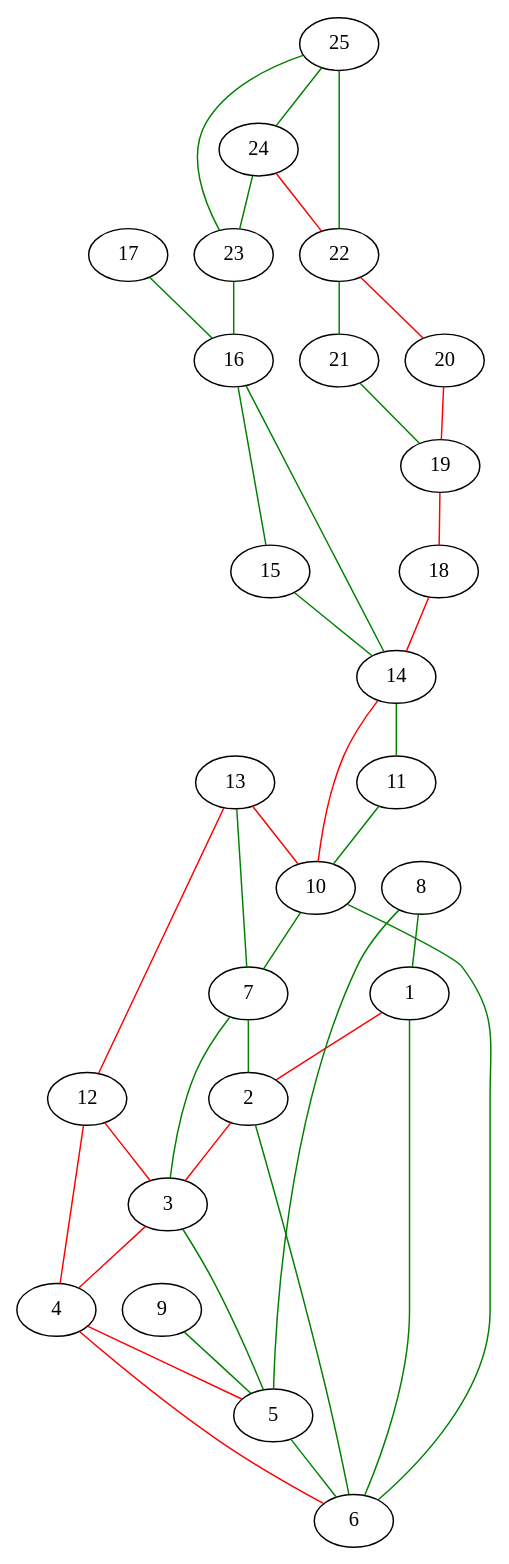
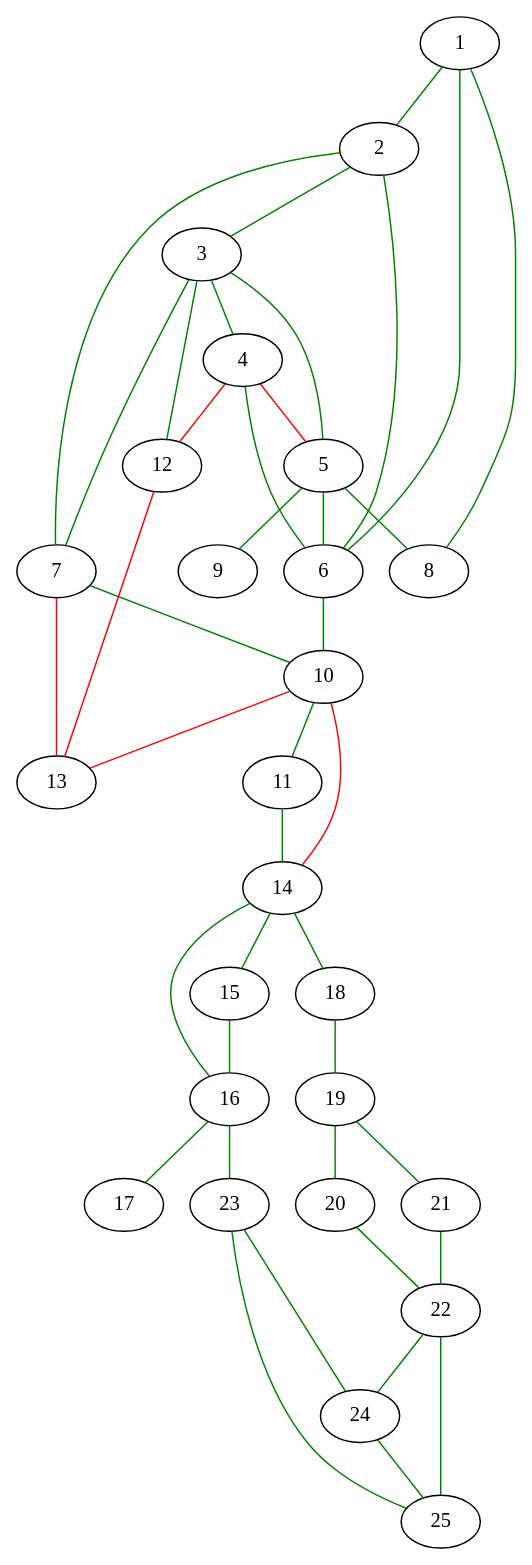
Before and after one commit to jbranislav05/RI-Resavanje-problema-minimalnog-Stajnerovog-drveta: the diagram in bruteforce.gv, drawn with Graphviz. The commit also changed 15 other files, not shown here.

```diff
--- a/bruteforce.gv
+++ b/bruteforce.gv
@@ -1,42 +1,42 @@
 graph G {
-	1 -- 2 [color=red weight=7]
-	2 -- 3 [color=red weight=1]
-	3 -- 4 [color=red weight=1]
+	1 -- 2 [color=green weight=7]
+	2 -- 3 [color=green weight=1]
+	3 -- 4 [color=green weight=1]
 	4 -- 5 [color=red weight=1]
 	5 -- 6 [color=green weight=10]
-	6 -- 1 [color=green weight=6]
+	1 -- 6 [color=green weight=6]
 	2 -- 6 [color=green weight=5]
 	3 -- 5 [color=green weight=3]
-	4 -- 6 [color=red weight=4]
-	7 -- 2 [color=green weight=5]
-	8 -- 1 [color=green weight=3]
-	7 -- 3 [color=green weight=4]
-	9 -- 5 [color=green weight=2]
-	10 -- 6 [color=green weight=9]
-	11 -- 10 [color=green weight=2]
-	10 -- 7 [color=green weight=6]
-	12 -- 3 [color=red weight=1]
-	12 -- 4 [color=red weight=1]
-	13 -- 10 [color=red weight=1]
-	13 -- 12 [color=red weight=1]
-	8 -- 5 [color=green weight=4]
-	13 -- 7 [color=green weight=5]
-	14 -- 10 [color=red weight=2]
-	14 -- 11 [color=green weight=3]
-	15 -- 14 [color=green weight=1]
-	16 -- 14 [color=green weight=1]
-	16 -- 15 [color=green weight=1]
-	17 -- 16 [color=green weight=3]
-	18 -- 14 [color=red weight=2]
-	19 -- 18 [color=red weight=2]
-	20 -- 19 [color=red weight=4]
-	21 -- 19 [color=green weight=2]
-	22 -- 21 [color=green weight=20]
-	22 -- 20 [color=red weight=1]
-	23 -- 16 [color=green weight=17]
-	24 -- 23 [color=green weight=1]
-	24 -- 22 [color=red weight=2]
-	25 -- 22 [color=green weight=6]
-	25 -- 24 [color=green weight=3]
-	25 -- 23 [color=green weight=1]
+	4 -- 6 [color=green weight=4]
+	2 -- 7 [color=green weight=5]
+	1 -- 8 [color=green weight=3]
+	3 -- 7 [color=green weight=4]
+	5 -- 9 [color=green weight=2]
+	6 -- 10 [color=green weight=9]
+	10 -- 11 [color=green weight=2]
+	7 -- 10 [color=green weight=6]
+	3 -- 12 [color=green weight=1]
+	4 -- 12 [color=red weight=1]
+	10 -- 13 [color=red weight=1]
+	12 -- 13 [color=red weight=1]
+	5 -- 8 [color=green weight=4]
+	7 -- 13 [color=red weight=5]
+	10 -- 14 [color=red weight=2]
+	11 -- 14 [color=green weight=3]
+	14 -- 15 [color=green weight=1]
+	14 -- 16 [color=green weight=1]
+	15 -- 16 [color=green weight=1]
+	16 -- 17 [color=green weight=3]
+	14 -- 18 [color=green weight=2]
+	18 -- 19 [color=green weight=2]
+	19 -- 20 [color=green weight=4]
+	19 -- 21 [color=green weight=2]
+	21 -- 22 [color=green weight=20]
+	20 -- 22 [color=green weight=1]
+	16 -- 23 [color=green weight=17]
+	23 -- 24 [color=green weight=1]
+	22 -- 24 [color=green weight=2]
+	22 -- 25 [color=green weight=6]
+	24 -- 25 [color=green weight=3]
+	23 -- 25 [color=green weight=1]
 }
```
